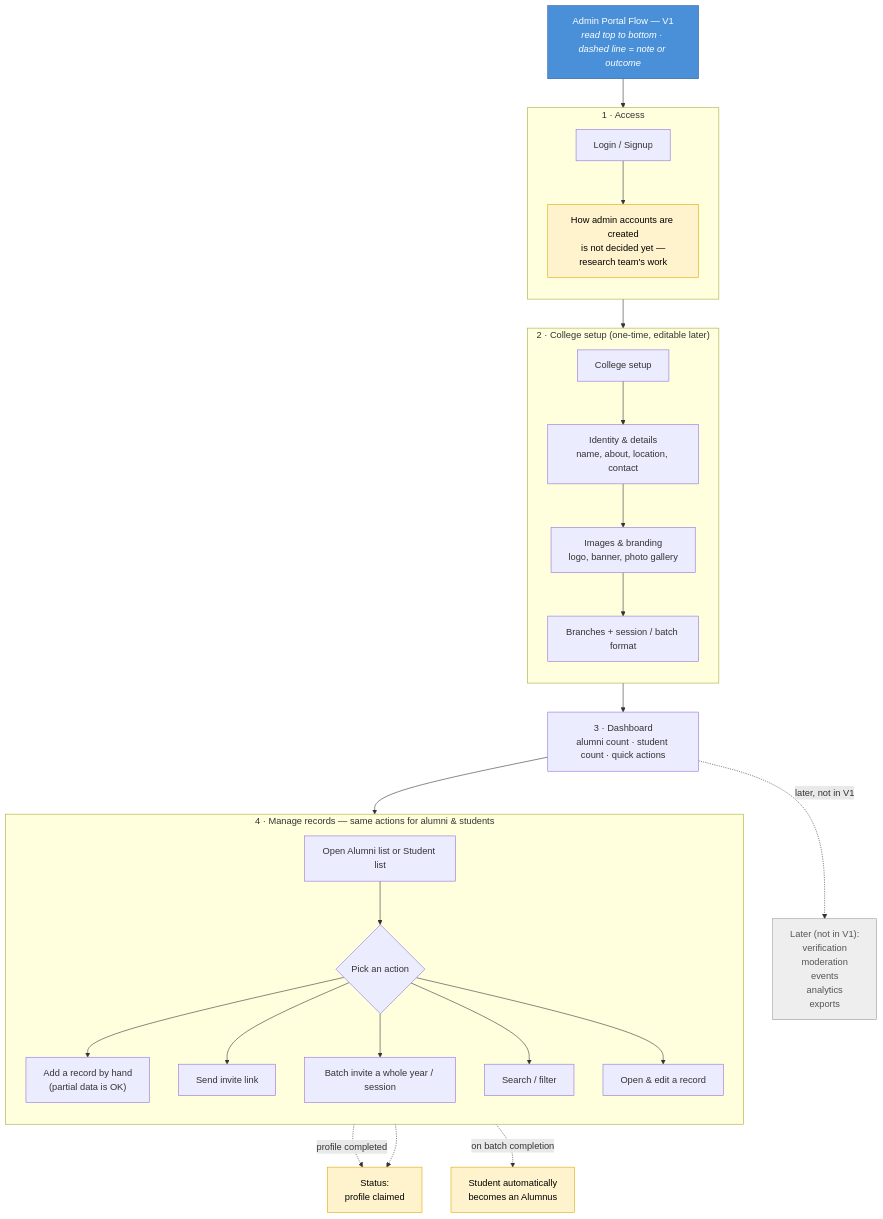
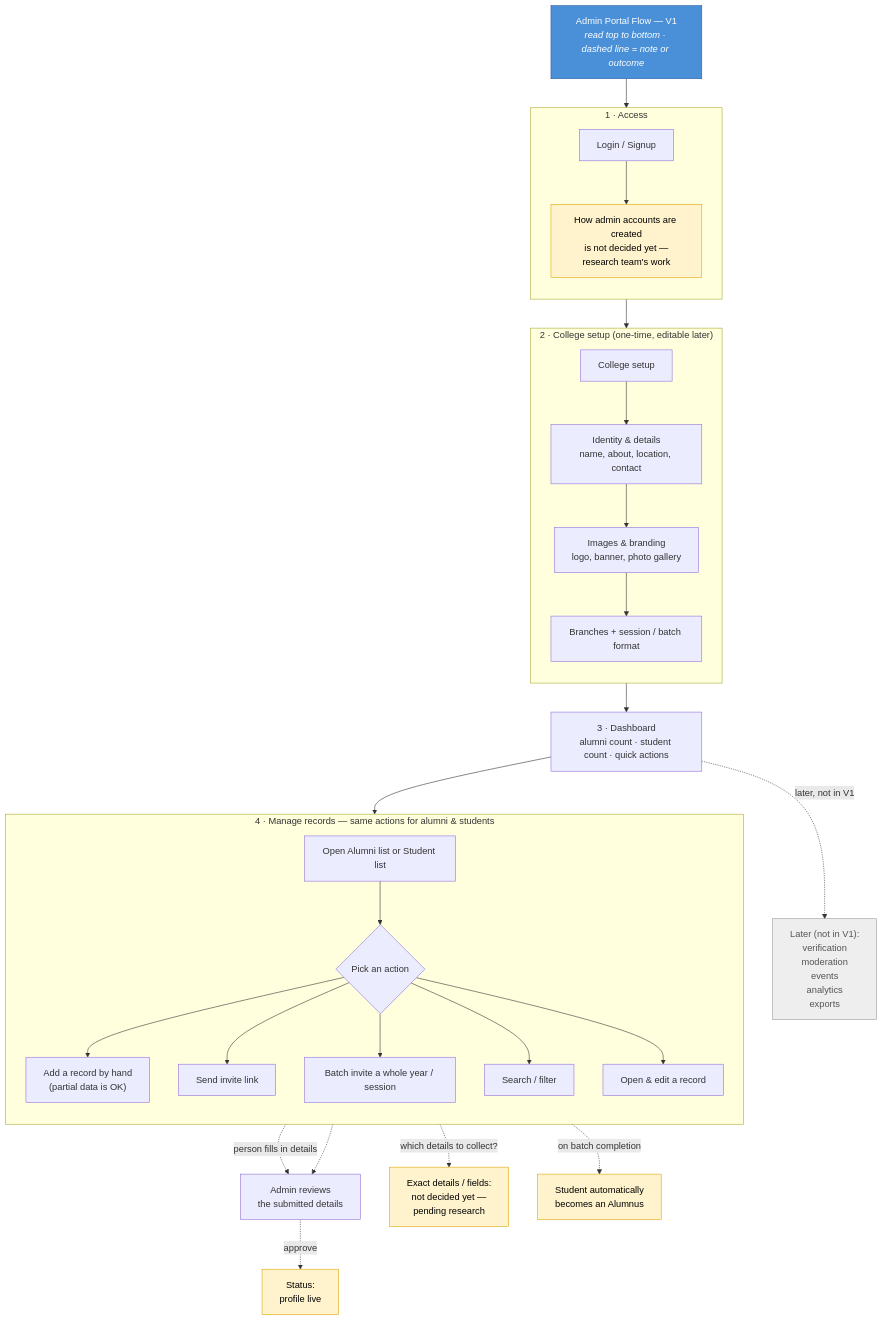
Before and after one commit to ColoredCow/alumni-connect: the diagram in docs/admin-portal-flow.md, drawn with Mermaid. The commit also changed other lines of this file, not shown here.

First line of the commit message:
Add admin review of submitted details; mark fields pending research

````diff
--- a/docs/admin-portal-flow.md
+++ b/docs/admin-portal-flow.md
@@ -32,49 +32,51 @@
 ```mermaid
 flowchart TD
     Title["Admin Portal Flow — V1<br/><i>read top to bottom · dashed line = note or outcome</i>"]
     Title --> Login
 
     subgraph ACCESS ["1 · Access"]
         direction TB
         Login["Login / Signup"]
         Login --> AccessNote["How admin accounts are created<br/>is not decided yet —<br/>research team's work"]
     end
 
     AccessNote --> Setup
 
     subgraph SETUP ["2 · College setup (one-time, editable later)"]
         direction TB
         Setup["College setup"]
         Setup --> Identity["Identity & details<br/>name, about, location, contact"]
         Identity --> Images["Images & branding<br/>logo, banner, photo gallery"]
         Images --> Academic["Branches + session / batch format"]
     end
 
     Academic --> Dashboard
 
     Dashboard["3 · Dashboard<br/>alumni count · student count · quick actions"]
     Dashboard --> Manage
 
     subgraph MANAGE ["4 · Manage records — same actions for alumni & students"]
         direction TB
         Manage["Open Alumni list or Student list"]
         Manage --> Actions{"Pick an action"}
         Actions --> Add["Add a record by hand<br/>(partial data is OK)"]
         Actions --> Invite["Send invite link"]
         Actions --> Batch["Batch invite a whole year / session"]
         Actions --> Search["Search / filter"]
         Actions --> Edit["Open & edit a record"]
     end
 
-    Invite -.->|"profile completed"| Claimed["Status:<br/>profile claimed"]
-    Batch -.-> Claimed
+    Invite -.->|"person fills in details"| Review["Admin reviews<br/>the submitted details"]
+    Batch -.-> Review
+    Review -.->|"approve"| Claimed["Status:<br/>profile live"]
+    Actions -.->|"which details to collect?"| Fields["Exact details / fields:<br/>not decided yet —<br/>pending research"]
     Manage -.->|"on batch completion"| Auto["Student automatically<br/>becomes an Alumnus"]
     Dashboard -.->|"later, not in V1"| Later["Later (not in V1):<br/>verification<br/>moderation<br/>events<br/>analytics<br/>exports"]
 
     classDef title fill:#4a90d9,stroke:#2c5aa0,color:#ffffff;
     classDef note fill:#fff3cd,stroke:#e0a800,color:#000000;
     classDef later fill:#eeeeee,stroke:#999999,color:#555555;
     class Title title;
-    class AccessNote,Claimed,Auto note;
+    class AccessNote,Claimed,Auto,Fields note;
     class Later later;
 ```
````
